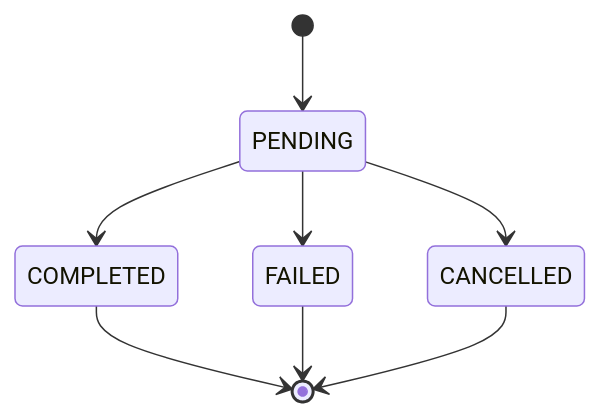
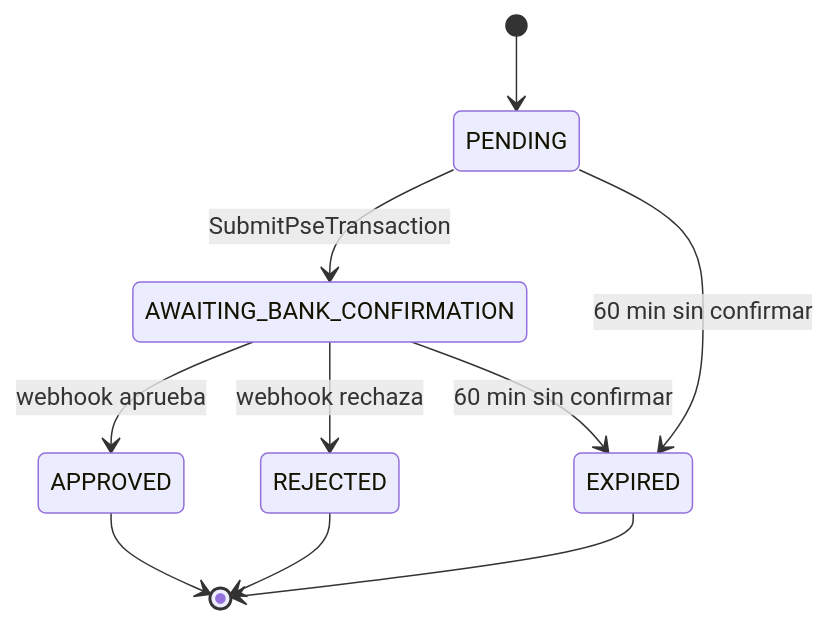
Before and after one commit to TECH-CUP-2026-INT/mk-payment-service: the diagram in docs/api.md, drawn with Mermaid. The commit also changed other lines of this file and 7 other files, not shown here.

````diff
--- a/docs/api.md
+++ b/docs/api.md
@@ -124,10 +164,12 @@
 ```mermaid
 stateDiagram-v2
     [*] --> PENDING
-    PENDING --> COMPLETED
-    PENDING --> FAILED
-    PENDING --> CANCELLED
-    COMPLETED --> [*]
-    FAILED --> [*]
-    CANCELLED --> [*]
+    PENDING --> AWAITING_BANK_CONFIRMATION : SubmitPseTransaction
+    PENDING --> EXPIRED : 60 min sin confirmar
+    AWAITING_BANK_CONFIRMATION --> APPROVED : webhook aprueba
+    AWAITING_BANK_CONFIRMATION --> REJECTED : webhook rechaza
+    AWAITING_BANK_CONFIRMATION --> EXPIRED : 60 min sin confirmar
+    APPROVED --> [*]
+    REJECTED --> [*]
+    EXPIRED --> [*]
 ```
````
